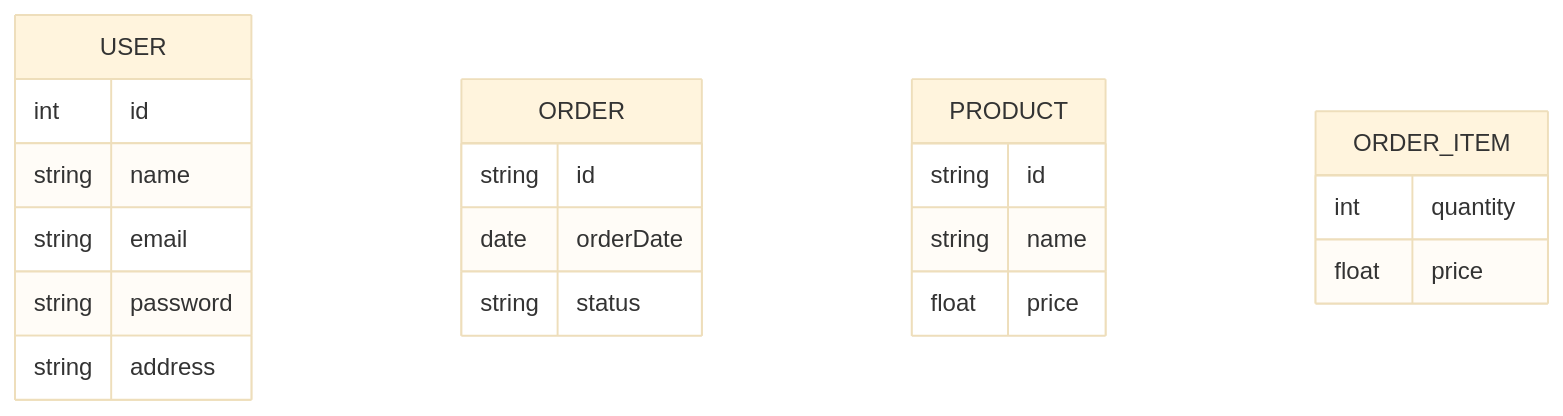
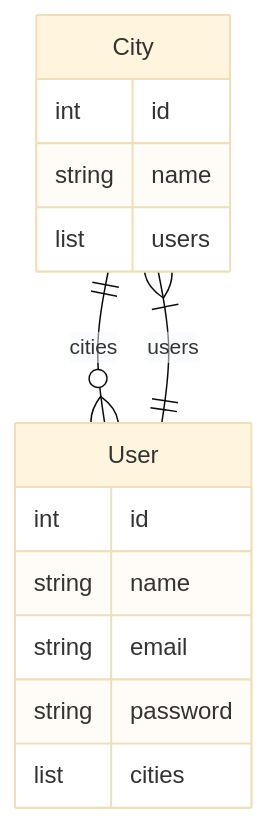
One commit to Abdouuul/MP3-Manager changed the diagram in schema.mmd. Above: the diagram before and after it, drawn with Mermaid (base theme). The commit also changed 8 other files, not shown here.

```diff
--- a/schema.mmd
+++ b/schema.mmd
@@ -1,26 +1,18 @@
 
 erDiagram
-    %% USER ||--o{ ORDER : places
-    %% ORDER ||--|{ ORDER_ITEM : contains
-    %% PRODUCT ||--o{ ORDER_ITEM : includes
-    USER {
+    City ||--o{ User : cities
+    User ||--|{ City : users
+    
+    User {
         int id
         string name
         string email
         string password
-        string address
+        list cities
     }
-    ORDER {
-        string id
-        date orderDate
-        string status
+    City {
+        int id
+        string name
+        list users
+
     }
-    PRODUCT {
-        string id
-        string name
-        float price
-    }
-    ORDER_ITEM {
-        int quantity
-        float price
-    }
```
